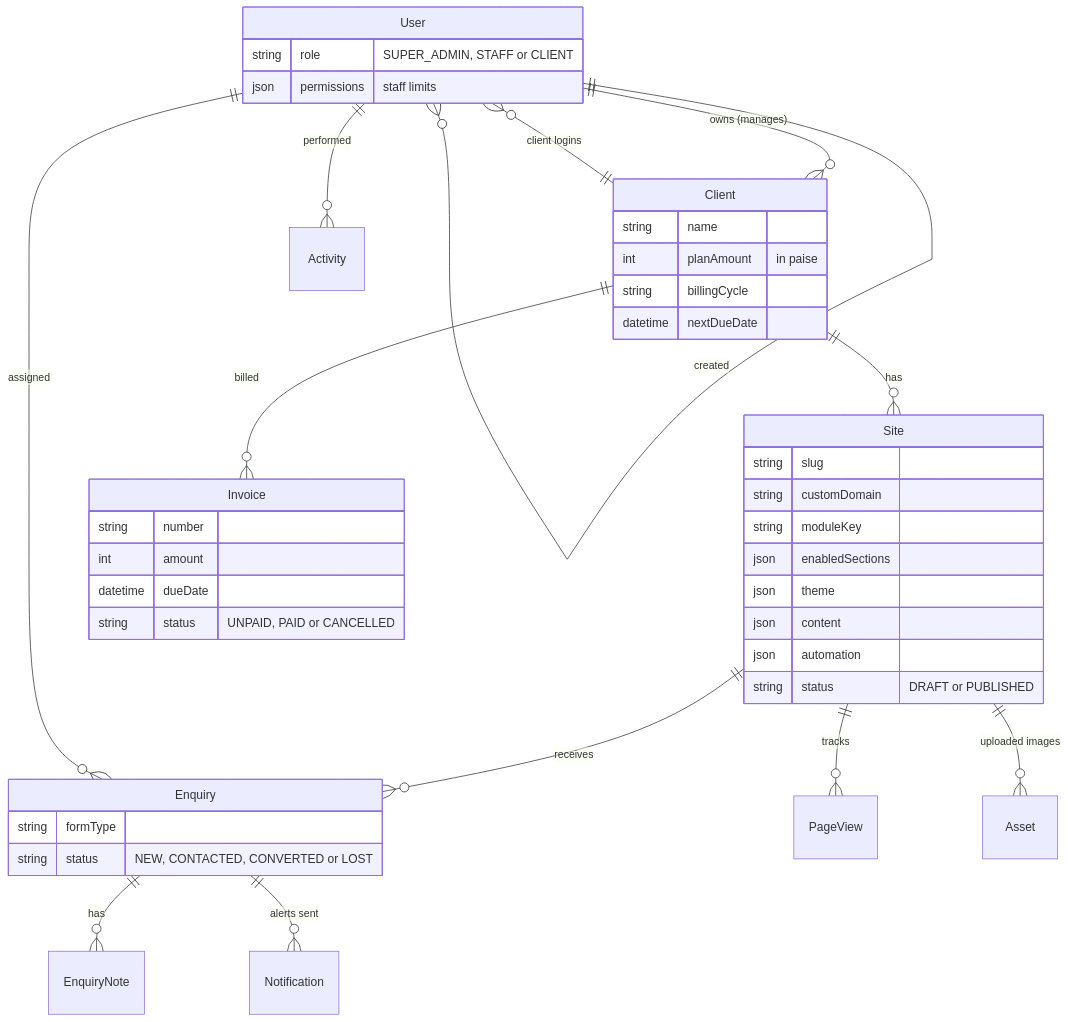
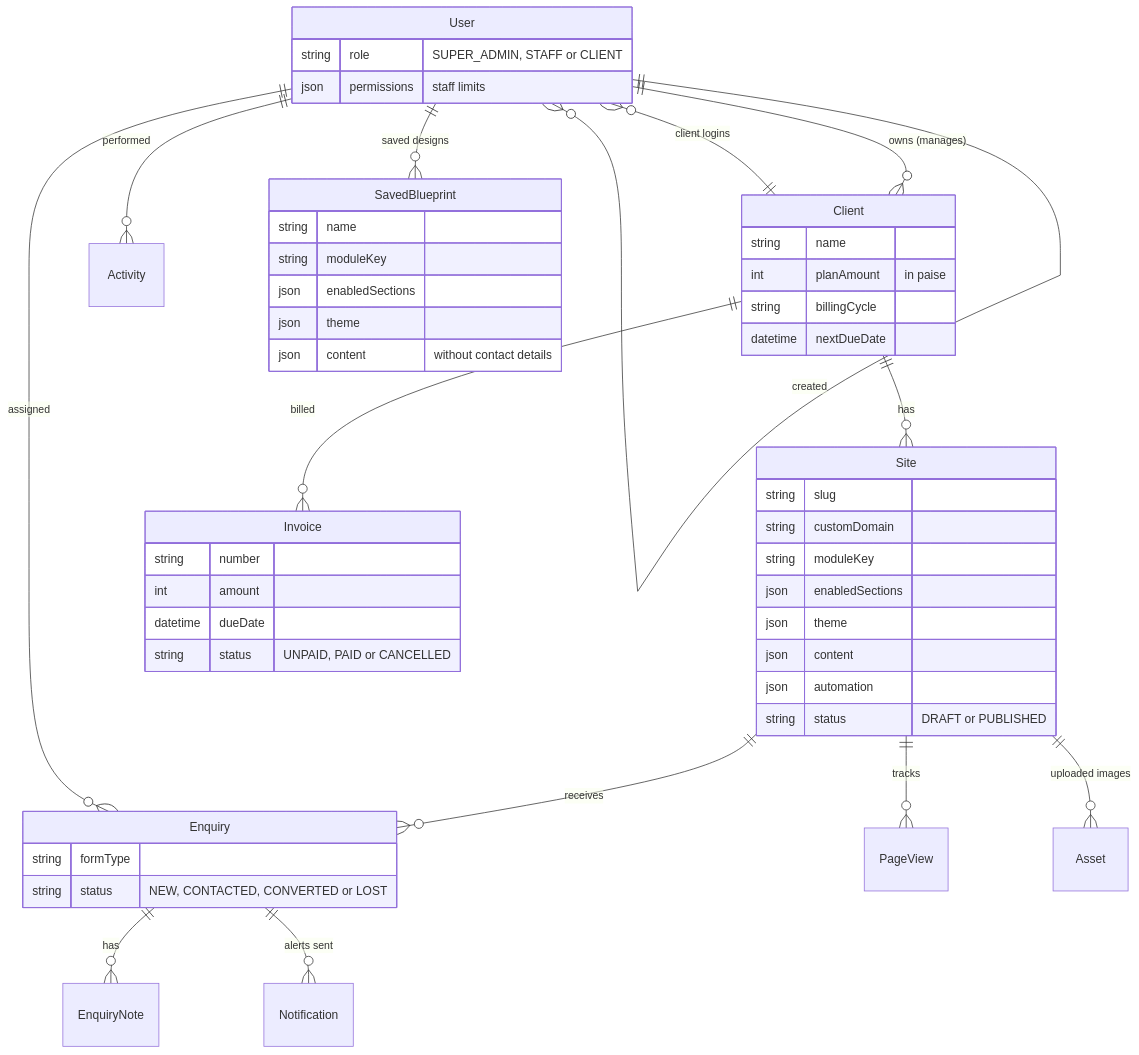
Before and after one commit to Ritiksharmaji/site-auto-matrix: diagram 12 of 13 in docs/APPLICATION_FLOW.md, drawn with Mermaid. The commit also changed other lines of this file and 127 other files, not shown here.

````diff
--- a/docs/APPLICATION_FLOW.md
+++ b/docs/APPLICATION_FLOW.md
@@ -603,46 +773,54 @@
 ```mermaid
 erDiagram
     User ||--o{ Client : "owns (manages)"
     User ||--o{ User : "created"
     Client ||--o{ User : "client logins"
     Client ||--o{ Site : has
     Client ||--o{ Invoice : billed
     Site ||--o{ Enquiry : receives
     Site ||--o{ PageView : tracks
     Site ||--o{ Asset : "uploaded images"
     Enquiry ||--o{ EnquiryNote : has
     Enquiry ||--o{ Notification : "alerts sent"
     User ||--o{ Enquiry : "assigned"
     User ||--o{ Activity : performed
+    User ||--o{ SavedBlueprint : "saved designs"
 
     User {
         string role "SUPER_ADMIN, STAFF or CLIENT"
         json permissions "staff limits"
     }
     Client {
         string name
         int planAmount "in paise"
         string billingCycle
         datetime nextDueDate
     }
     Site {
         string slug
         string customDomain
         string moduleKey
         json enabledSections
         json theme
         json content
         json automation
         string status "DRAFT or PUBLISHED"
     }
     Enquiry {
         string formType
         string status "NEW, CONTACTED, CONVERTED or LOST"
     }
     Invoice {
         string number
         int amount
         datetime dueDate
         string status "UNPAID, PAID or CANCELLED"
     }
+    SavedBlueprint {
+        string name
+        string moduleKey
+        json enabledSections
+        json theme
+        json content "without contact details"
+    }
 ```
````
